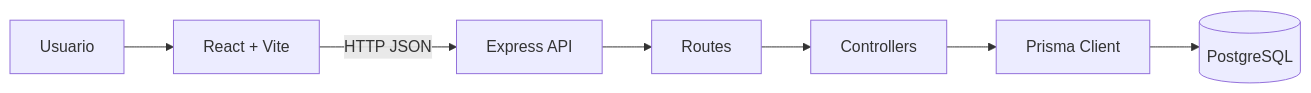
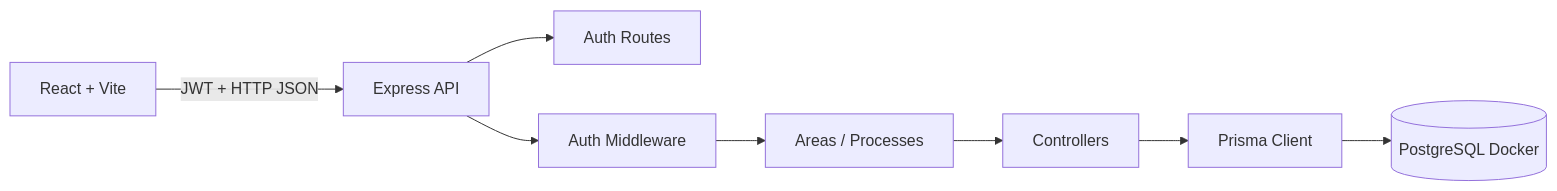
Before and after one commit to RenzoFernandes/process-hub: the first of 2 diagrams in README.md, drawn with Mermaid. The commit also changed other lines of this file and 25 other files, not shown here.

Commit message:
feat: implement multi-tenant workspace architecture

````diff
--- a/README.md
+++ b/README.md
@@ -85,9 +119,10 @@
 ```mermaid
 flowchart LR
-  User[Usuario] --> Frontend[React + Vite]
-  Frontend -->|HTTP JSON| API[Express API]
-  API --> Routes[Routes]
-  Routes --> Controllers[Controllers]
+  Browser[React + Vite] -->|JWT + HTTP JSON| API[Express API]
+  API --> AuthRoutes[Auth Routes]
+  API --> AuthMiddleware[Auth Middleware]
+  AuthMiddleware --> PrivateRoutes[Areas / Processes]
+  PrivateRoutes --> Controllers[Controllers]
   Controllers --> Prisma[Prisma Client]
-  Prisma --> Postgres[(PostgreSQL)]
+  Prisma --> Postgres[(PostgreSQL Docker)]
 ```
````
